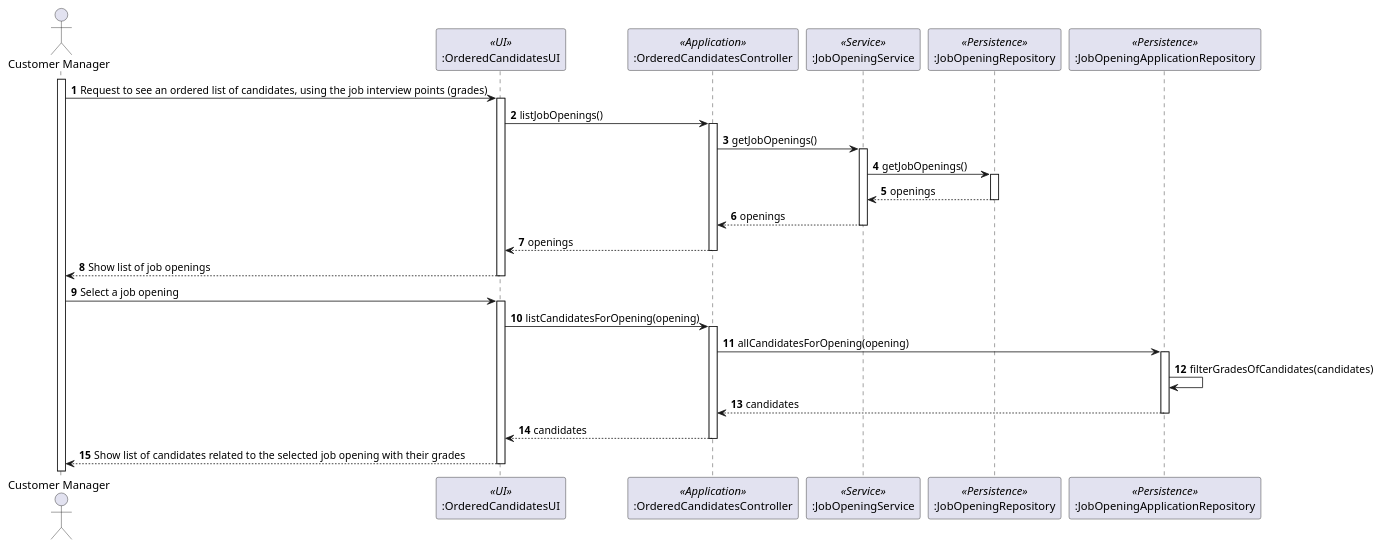
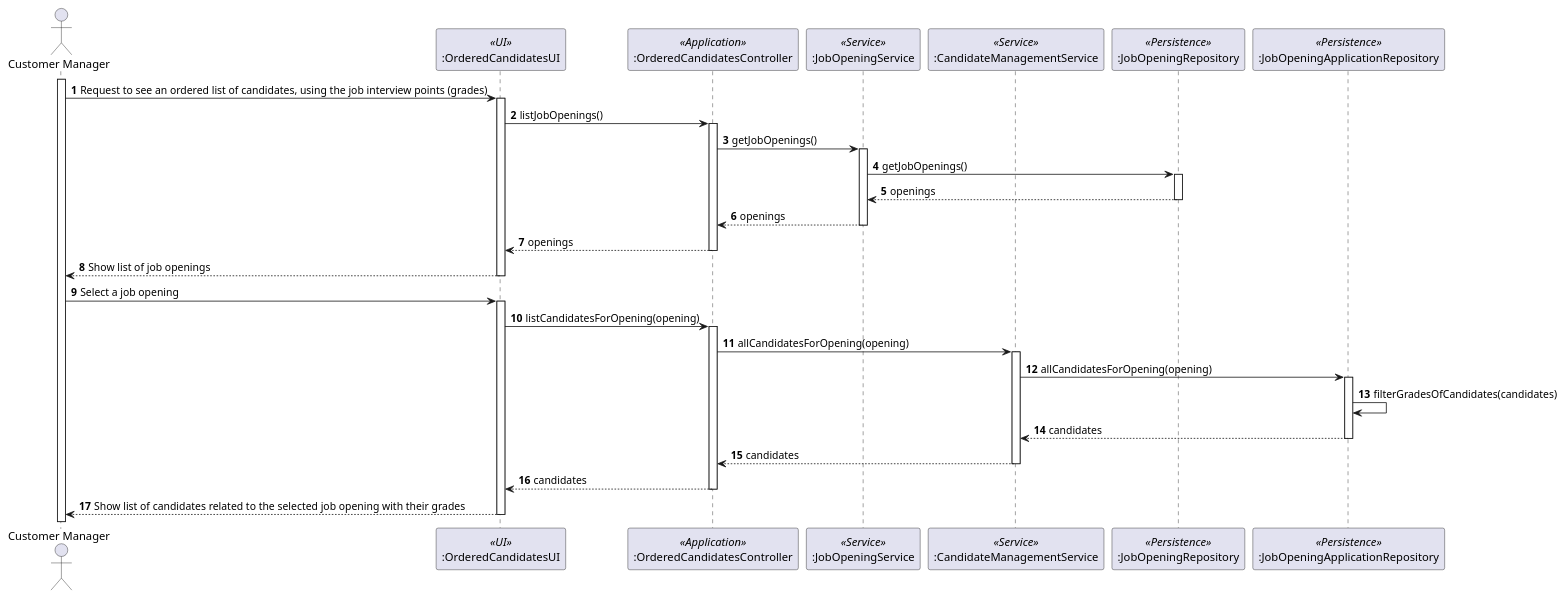
Before and after one commit to marcoferreira37/Lapr4: the diagram in docs/sprintC/1019/1019-sequence-diagram.puml, drawn with PlantUML. The commit also changed 5 other files, not shown here.

```diff
--- a/docs/sprintC/1019/1019-sequence-diagram.puml
+++ b/docs/sprintC/1019/1019-sequence-diagram.puml
@@ -1,53 +1,62 @@
 @startuml
 
 actor "Customer Manager" as Agent
 participant ":OrderedCandidatesUI" as ui <<UI>>
 participant ":OrderedCandidatesController" as ctrl <<Application>>
 participant ":JobOpeningService" as jobServ <<Service>>
+participant ":CandidateManagementService" as candServ <<Service>>
 participant ":JobOpeningRepository" as jobRepo <<Persistence>>
 participant ":JobOpeningApplicationRepository" as candRepo <<Persistence>>
 
 autonumber
 
 
 activate Agent
 
 Agent -> ui: Request to see an ordered list of candidates, using the job interview points (grades)
 
 activate ui
 ui -> ctrl: listJobOpenings()
 activate ctrl
 ctrl -> jobServ: getJobOpenings()
 activate jobServ
 jobServ -> jobRepo: getJobOpenings()
 activate jobRepo
 jobRepo --> jobServ: openings
 deactivate
 jobServ --> ctrl: openings
 deactivate
 ctrl --> ui: openings
 deactivate
 ui --> Agent: Show list of job openings
 deactivate
 Agent -> ui : Select a job opening
 activate ui
 ui -> ctrl: listCandidatesForOpening(opening)
 activate ctrl
-ctrl -> candRepo: allCandidatesForOpening(opening)
+
+ctrl -> candServ: allCandidatesForOpening(opening)
+
+activate candServ
+
+candServ -> candRepo: allCandidatesForOpening(opening)
 
 activate candRepo
 
 candRepo -> candRepo : filterGradesOfCandidates(candidates)
-candRepo --> ctrl: candidates
+candRepo --> candServ: candidates
+deactivate
+candServ --> ctrl : candidates
 deactivate
 ctrl --> ui: candidates
+
 
 deactivate
 
 ui --> Agent : Show list of candidates related to the selected job opening with their grades
 
 deactivate
 
 
 
 @enduml
```
